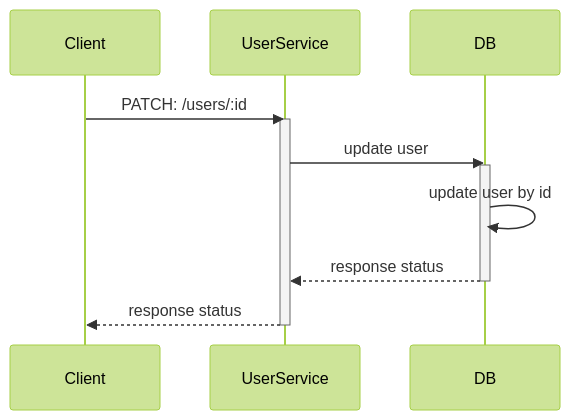
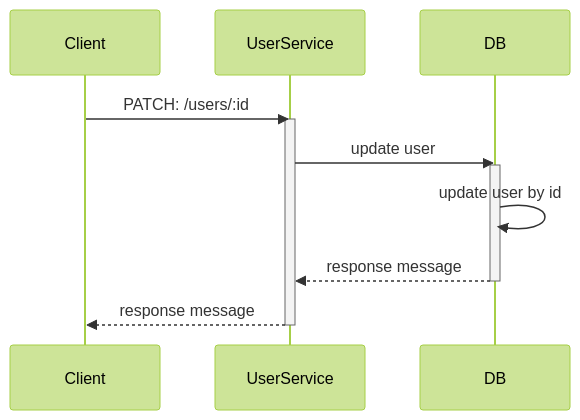
The diagram in docs/users/patch-user.md (uneemo-99/nestjs-type-orm), drawn with Mermaid (forest theme) before and after one commit. The commit also changed 7 other files, not shown here.

````diff
--- a/docs/users/patch-user.md
+++ b/docs/users/patch-user.md
@@ -3,12 +3,12 @@
 ```mermaid
 sequenceDiagram
     Client->>UserService :  PATCH: /users/:id
     activate UserService
     UserService->>DB: update user
     activate DB
     DB->>DB: update user by id
-    DB-->>UserService: response status
+    DB-->>UserService: response message
     deactivate DB
-    UserService-->>Client: response status
+    UserService-->>Client: response message
     deactivate UserService
 ```
````
